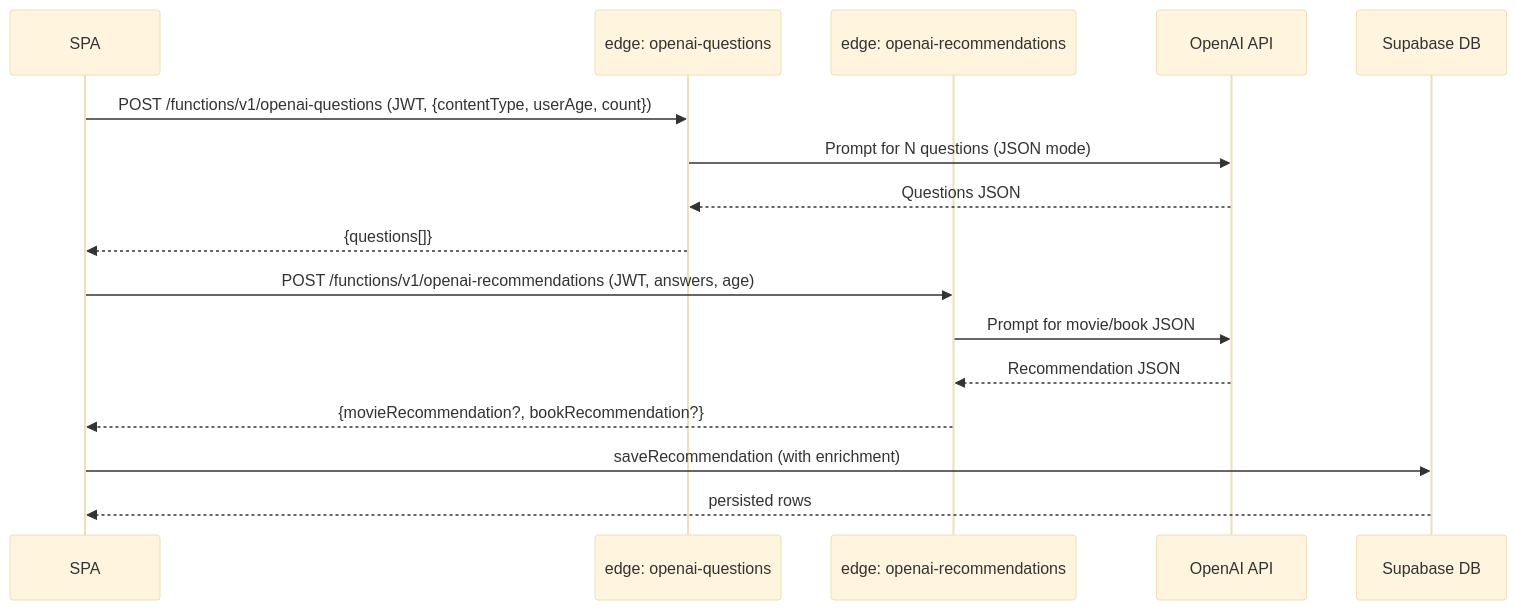
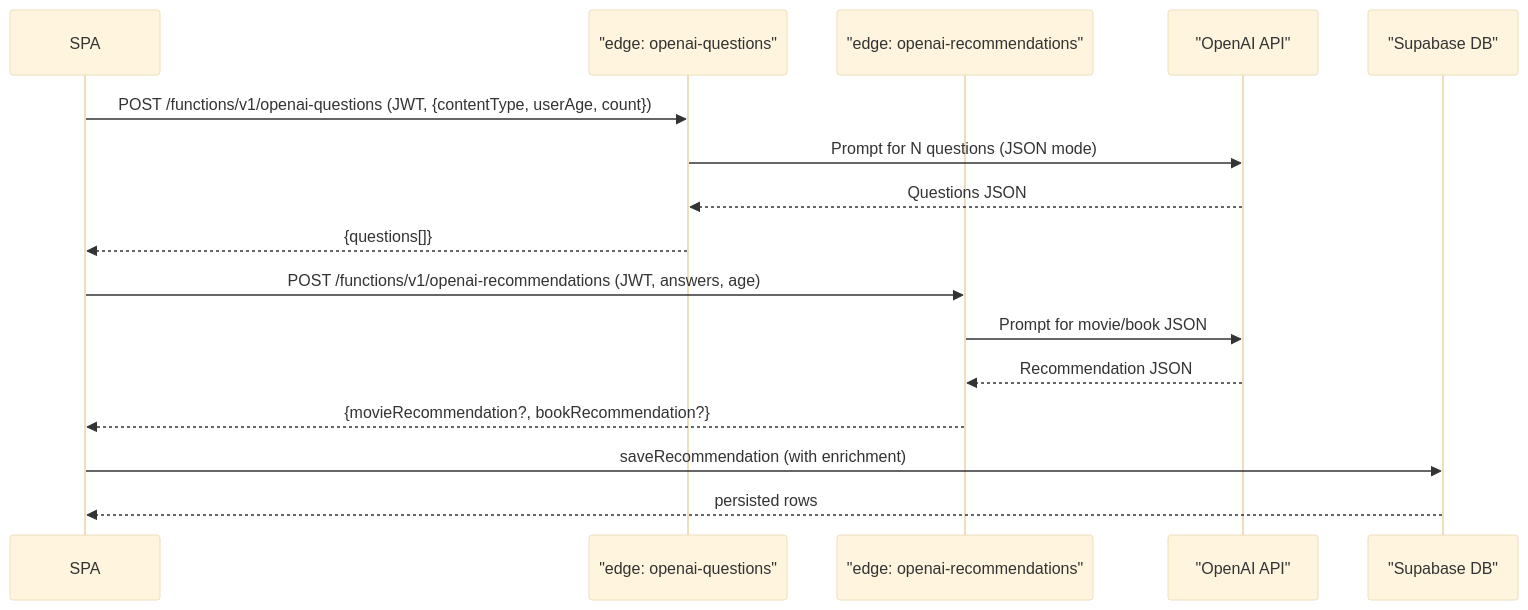
The third of 5 diagrams in README.md (ponderrr/smart-advisor), drawn with Mermaid (base theme) before and after one commit. The commit also changed other lines of this file, not shown here.

Commit message:
docs: rewrite README with production-ready overview and diagrams

````diff
--- a/README.md
+++ b/README.md
@@ -82,20 +82,20 @@
 ```mermaid
 sequenceDiagram
   participant UI as SPA
-  participant EdgeQ as edge: openai-questions
-  participant EdgeR as edge: openai-recommendations
-  participant OpenAI as OpenAI API
-  participant DB as Supabase DB
+  participant EdgeQ as "edge: openai-questions"
+  participant EdgeR as "edge: openai-recommendations"
+  participant OpenAI as "OpenAI API"
+  participant DB as "Supabase DB"
 
   UI->>EdgeQ: POST /functions/v1/openai-questions (JWT, {contentType, userAge, count})
   EdgeQ->>OpenAI: Prompt for N questions (JSON mode)
   OpenAI-->>EdgeQ: Questions JSON
   EdgeQ-->>UI: {questions[]}
 
   UI->>EdgeR: POST /functions/v1/openai-recommendations (JWT, answers, age)
   EdgeR->>OpenAI: Prompt for movie/book JSON
   OpenAI-->>EdgeR: Recommendation JSON
   EdgeR-->>UI: {movieRecommendation?, bookRecommendation?}
   UI->>DB: saveRecommendation (with enrichment)
   DB-->>UI: persisted rows
 ```
````
